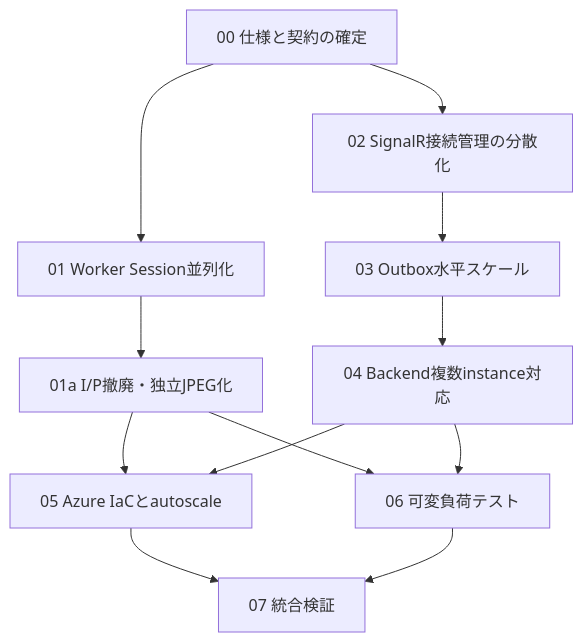
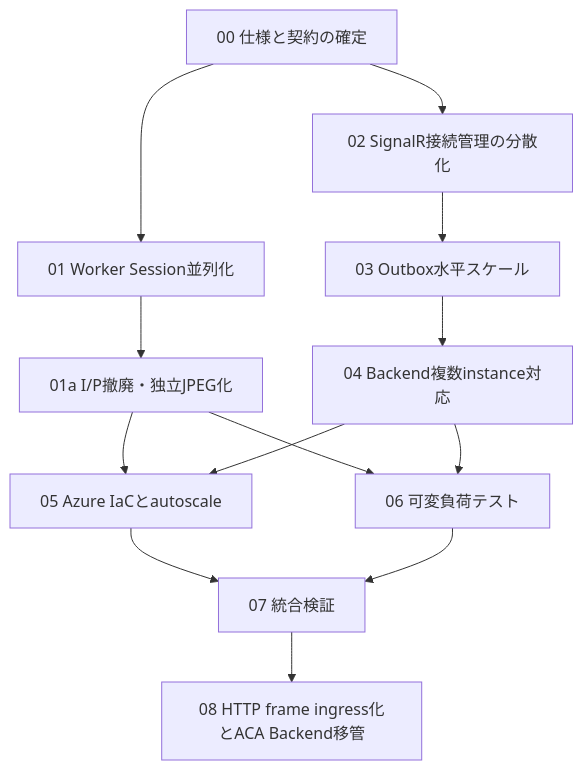
The diagram in docs/implementation-plans/elastic-scaling-agent-prompts/README.md (4rna-y/AwakeVerify), drawn with Mermaid before and after one commit. The commit also changed other lines of this file and 47 other files, not shown here.

````diff
--- a/docs/implementation-plans/elastic-scaling-agent-prompts/README.md
+++ b/docs/implementation-plans/elastic-scaling-agent-prompts/README.md
@@ -9,14 +9,15 @@
 ```mermaid
 flowchart TD
     T0[00 仕様と契約の確定] --> T1[01 Worker Session並列化]
     T1 --> T1A[01a I/P撤廃・独立JPEG化]
     T0 --> T2[02 SignalR接続管理の分散化]
     T2 --> T3[03 Outbox水平スケール]
     T3 --> T4[04 Backend複数instance対応]
     T1A --> T5[05 Azure IaCとautoscale]
     T4 --> T5
     T1A --> T6[06 可変負荷テスト]
     T4 --> T6
     T5 --> T7[07 統合検証]
     T6 --> T7
+    T7 --> T8[08 HTTP frame ingress化とACA Backend移管]
 ```
````
